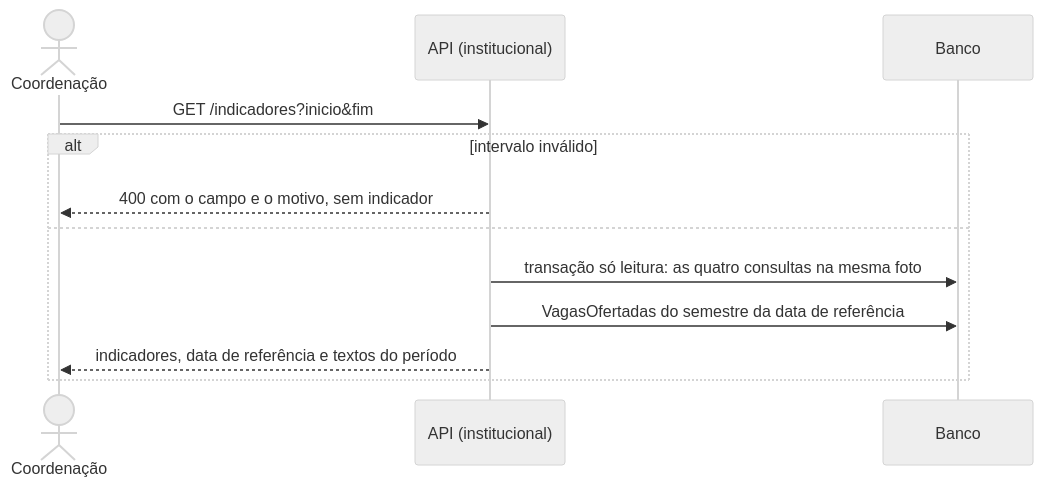
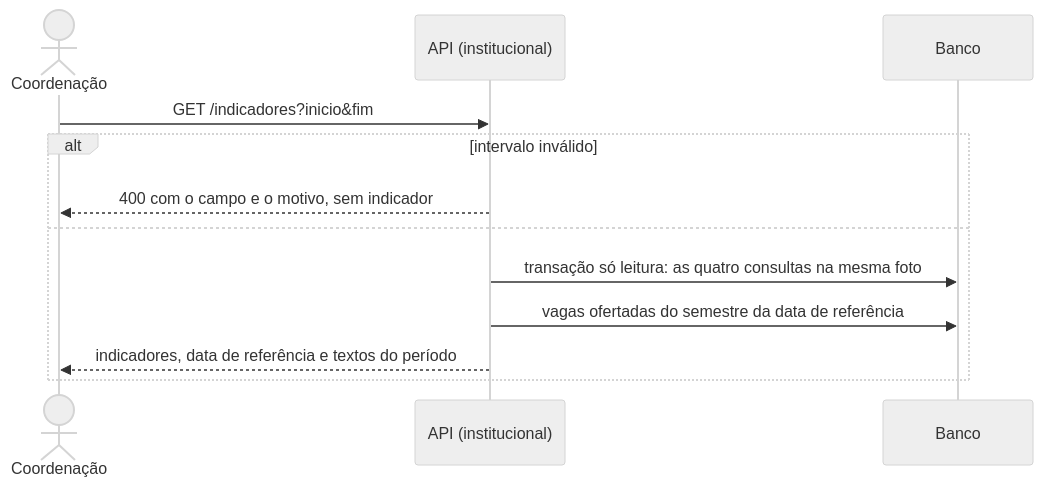
One commit to mdsreq-fga-unb/REQ-2026.2-T02-ClinicaEscolaFBr changed diagram 45 of 45 in documentacao/docs/construcao/projeto-features.md. Above: the diagram before and after it, drawn with Mermaid (neutral theme). The commit also changed other lines of this file and 1 other file, not shown here.

````diff
--- a/documentacao/docs/construcao/projeto-features.md
+++ b/documentacao/docs/construcao/projeto-features.md
@@ -2058,14 +2274,14 @@
 ```mermaid
 sequenceDiagram
     actor C as Coordenação
     participant A as API (institucional)
     participant DB as Banco
     C->>A: GET /indicadores?inicio&fim
     alt intervalo inválido
         A-->>C: 400 com o campo e o motivo, sem indicador
     else
         A->>DB: transação só leitura: as quatro consultas na mesma foto
-        A->>DB: VagasOfertadas do semestre da data de referência
+        A->>DB: vagas ofertadas do semestre da data de referência
         A-->>C: indicadores, data de referência e textos do período
     end
 ```
````
